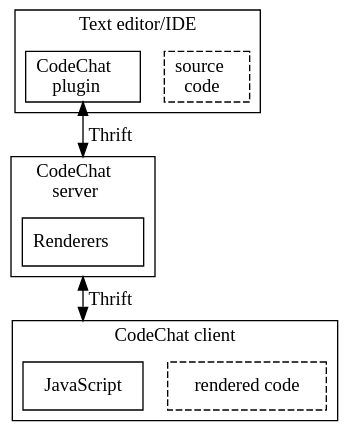
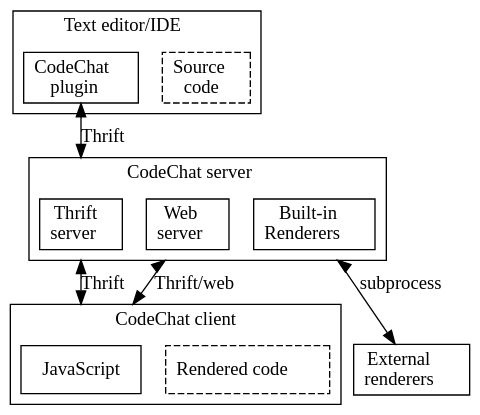
The diagram in index.rst (mrsuman2002/A_modular_Plugin-CodeChat), drawn with Graphviz before and after one commit. The commit also changed other lines of this file, not shown here.

Commit message:
Docs: Update overall block diagram.

```diff
--- a/index.rst
+++ b/index.rst
@@ -5,24 +5,30 @@
 .. digraph:: architecture
 
     bgcolor = transparent;
     compound = true;
     node [shape = box];
     subgraph cluster_text_editor {
-        label = "Text editor/IDE";
-        source_code [label = <source<br />code>, style = dashed];
+        label = <Text editor/IDE>;
+        source_code [label = <Source<br />code>, style = dashed];
         CodeChat_plugin [label = <CodeChat<br />plugin>];
     }
 
     subgraph cluster_server {
-        label = <CodeChat<br />server>;
-        render_engine [label = <Renderers>];
+        label = <CodeChat server>;
+        thrift_server [label = <Thrift<br />server>];
+        web_server [label = <Web <br />server>];
+        renderers [label = <Built-in<br />Renderers>];
     }
+
+    external_renderers [label = <External <br />renderers>];
 
     subgraph cluster_client {
         label = "CodeChat client";
-        rendered_code [label = "rendered code", style = dashed];
+        rendered_code [label = <Rendered code>, style = dashed];
         JavaScript;
     }
 
-    CodeChat_plugin -> render_engine [label = "Thrift", dir = both, lhead = cluster_server];
-    render_engine -> JavaScript [label = "Thrift", dir = both, lhead = cluster_client, ltail = cluster_server];
+    CodeChat_plugin -> thrift_server [label = <Thrift>, dir = both, lhead = cluster_server];
+    thrift_server -> JavaScript [label = <Thrift>, dir = both, lhead = cluster_client, ltail = cluster_server];
+    web_server -> JavaScript [label = <Thrift/web>, dir = both, lhead = cluster_client, ltail = cluster_server];
+    renderers -> external_renderers [label = <subprocess>, ltail = cluster_server, dir = both];
```
